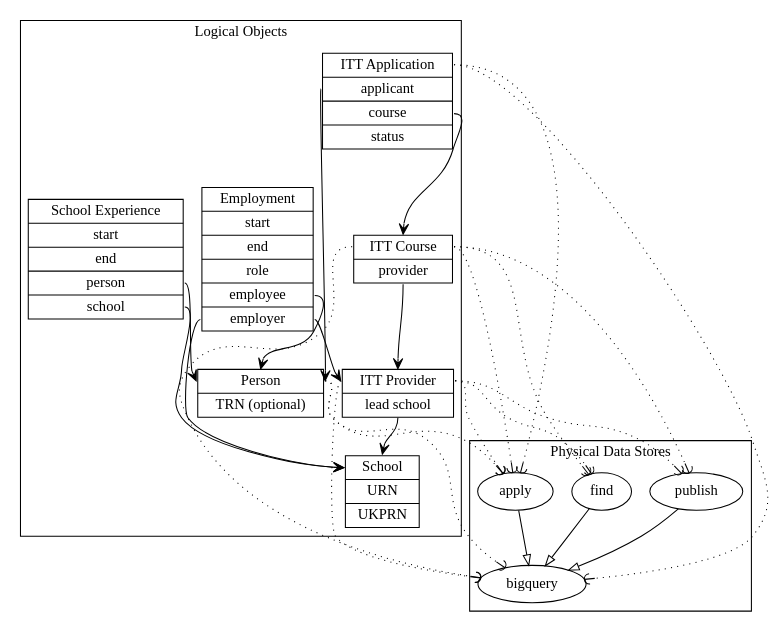
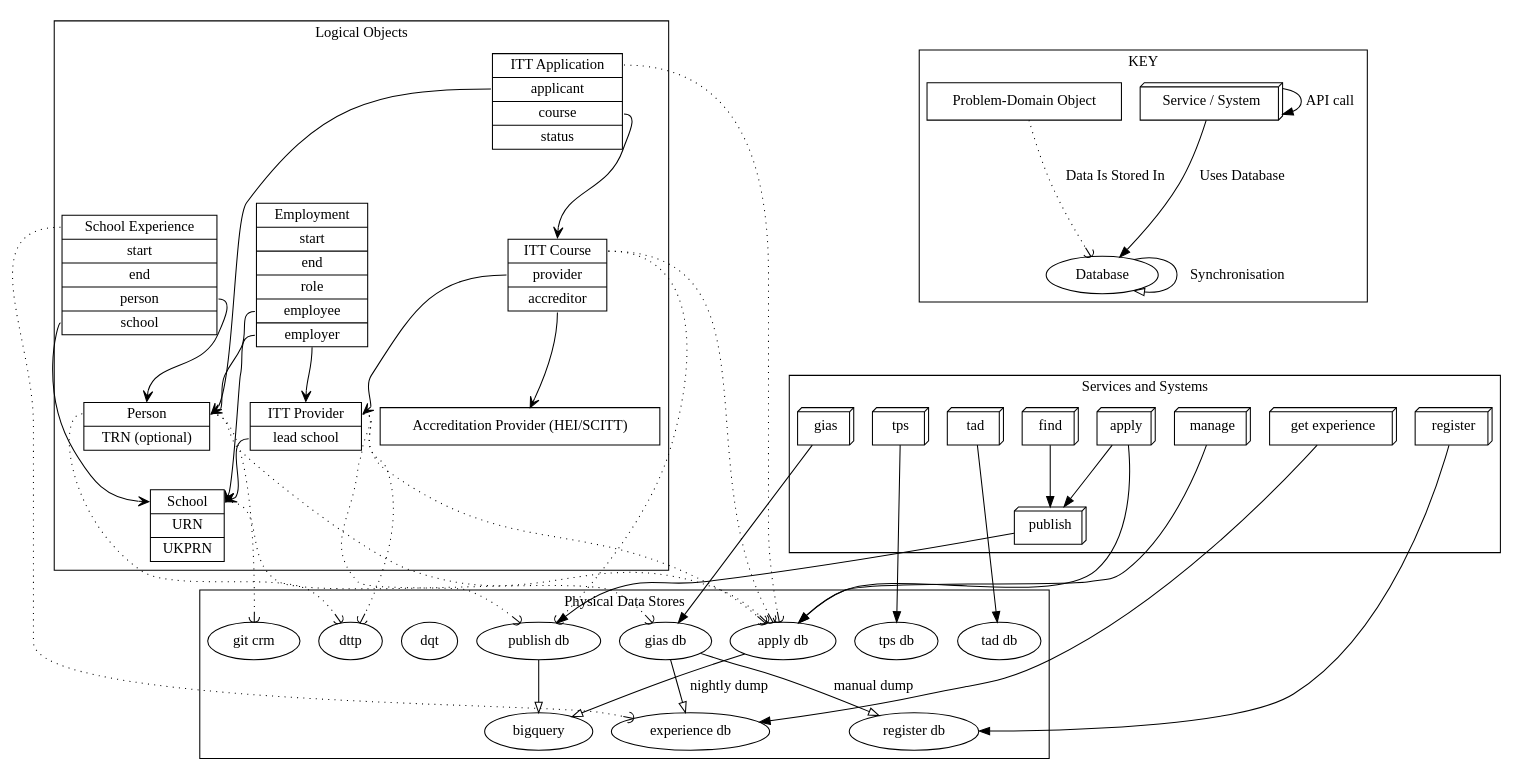
One commit to DFE-Digital/bat-data-maps changed the diagram in src/model.dot. Above: the diagram before and after it, drawn with Graphviz.

Commit message:
More information gathered

```diff
--- a/src/model.dot
+++ b/src/model.dot
@@ -1,97 +1,196 @@
 digraph DfE {
 
 
 
 subgraph cluster_logical {
          label = "Logical Objects";
          node [shape=record];
 
          edge [arrowhead=vee];
 
-         // Problem Domain Objects, with edges indicating reference
+         // Problem Domain Objects, with edges indicating references
+
+         /*
+         STYLE GUIDE
+
+         1) Use vertical record nodes for objects, with a <root> field for the
+         title at the top.
+
+         2) Represent references like pointers or foreign keys - arrows from the
+         thing that stores an ID to the thing that has that ID. Use fields to
+         indicate which field stores the ID, and reference the <root> field on
+         the target to avoid confusion.
+
+         3) Don't explicitly represent the storing of history. For instance, we
+         want a history of lead school relationships from a provider so we can
+         know who WAS the lead school or who is SCHEDULED to be the lead school,
+         but we don't explicitly show this in the diagram. However, things like
+         employments that have a start/end as well as some other useful
+         properties (such as the role) we DO explicitly show, even though their
+         start/end forms a history, as there's other imoprtant state to show, or
+         a potential many-to-many relationship (as is the case with school experience).
+
+         4) Avoid cluttering the diagram with technical details: keep it
+         problem-domain focussed. Omit obvious uninteresting fields (names,
+         etc). Summarise groups of fields ("contact details" rather than
+         address1, address2, ...)
+
+         */
 
          "school" [
          label = "{<root> School | <urn> URN | <ukprn> UKPRN}"
          ];
 
          "itt-provider" [
          label = "{<root> ITT Provider | <lead> lead school}"
          ];
+         "itt-provider":lead -> "school":root
 
-         "itt-provider":lead -> "school":root
+         "accreditation-provider" [
+                  label = "{<root> Accreditation Provider (HEI/SCITT) }"
+         ];
 
          "person" [
          label = "{<root> Person | TRN (optional) }"
          ];
 
          "employment" [
          label = "{<root> Employment | start | end | role | <employee> employee | <employer> employer }"
          ];
-
          "employment":employee -> "person":root
          "employment":employer -> "itt-provider":root
          "employment":employer -> "school":root
 
          "school-experience" [
          label = "{<root> School Experience | start | end | <person> person | <school> school}"
          ];
-
          "school-experience":person -> "person":root
          "school-experience":school -> "school":root
 
+         // Lead school MIGHT be a property of the course, not the itt-provider
          "itt-course" [
-         label = "{<root> ITT Course | <provider> provider}"
+         label = "{<root> ITT Course | <provider> provider | <accreditor> accreditor}"
          ];
-
          "itt-course":provider -> "itt-provider":root
+         "itt-course":accreditor -> "accreditation-provider":root
 
          "itt-application" [
          label = "{<root> ITT Application | <applicant> applicant | <course> course | status}"
          ];
-
          "itt-application":applicant -> person:root
          "itt-application":course -> "itt-course":root
-
 }
-
 
 subgraph cluster_physical {
          label = "Physical Data Stores";
          node [shape = oval];
 
          edge [arrowhead = onormal];
 
-         // Physical Data Stores, with edges indicating data flow
+         // Physical Data Stores, with edges indicating synchronising data flow
 
-         "publish";
+         // Synchronisations done within an existing component (like the
+         // updating of bigquery by the services) or by a dedicated data
+         // synchronising system should be indicated here; any synchronisation that
+         // involves some interesting processing should really be indicated by a
+         // service/system in the next section that talks to source and sink
+         // DBs. Use your judgement to decide what would make for a clearer
+         // diagram.
+
+         "git crm";
+         "publish db";
+         "experience db"; // GIAS database
+         "apply db";
+
+         "dttp";
+         "tad db";
+         "dqt";
+         "tps db";
+
+         "gias db";
+
          "bigquery";
-         "apply";
-         "find";
 
-         "publish" -> "bigquery";
-         "apply" -> "bigquery";
-         "find" -> "bigquery";
+         // Data flows: services updating bigquery in real time
+         "publish db" -> "bigquery";
+         "apply db" -> "bigquery";
+
+         // Data flows: Things taking dumps of GIAS via the bulk download - see https://github.com/search?q=org%3ADFE-Digital+ea-edubase-api-prod&type=code for more to add in future
+         "gias db" -> "register db" [label="manual dump"];
+         "gias db" -> "experience db" [label="nightly dump"];
 }
 
 subgraph {
          // Relationship between physical and logical data stores; edges from logical to physical realisation
          edge [ arrowhead = curve; style = dotted;]
 
-         "itt-provider":root -> publish
-         "itt-course":root -> publish
+         // Sorted by the physical DB (arrow target)
 
-         "itt-provider":root -> find
-         "itt-course":root -> find
+         "person":root -> "git crm";
 
-         "person":root -> apply
-         "itt-provider":root -> apply
-         "itt-course":root -> apply
-         "itt-application":root -> apply
+         "itt-provider":root -> "publish db"
+         "itt-course":root -> "publish db"
 
-         "person":root -> bigquery
-         "itt-provider":root -> bigquery
-         "itt-course":root -> bigquery
-         "itt-application":root -> bigquery
+         "school-experience":root -> "experience db"
+
+         "person":root -> "apply db"
+         "itt-provider":root -> "apply db"
+         "itt-course":root -> "apply db"
+         "itt-application":root -> "apply db"
+
+         "school":root -> "gias db";
+
+         "itt-provider":root -> "dttp";
+         "person":root -> "dttp";
+}
+
+subgraph cluster_actors {
+         // Services and software agents, with edges indicating "uses", either a database connection or calling an API or similar
+
+         label = "Services and Systems";
+         node [ shape = box3d;]
+         edge [ arrowhead = normal;]
+
+         "find"
+         "find" -> "publish"
+
+         "apply"
+         "apply" -> "apply db"
+         "apply" -> "publish"
+
+         "manage"
+         "manage" -> "apply db"
+
+         "publish"
+         "publish" -> "publish db"
+
+         "tps"
+         "tps" -> "tps db"
+
+         "get experience"
+         "get experience" -> "experience db"
+
+         "tad"
+         "tad" -> "tad db"
+
+         "gias"
+         "gias" -> "gias db"
+
+         "register"
+         "register" -> "register db"
+}
+
+subgraph cluster_key {
+        label = "KEY"
+
+        "service" [ label = "Service / System"; shape = box3d ];
+        "database" [ label = "Database"; shape = oval ];
+        "object" [ label = "Problem-Domain Object"; shape = record ];
+
+        "service" -> "service" [ label = "API call"; arrowhead = normal; ]
+        "service" -> "database" [ label = "Uses Database"; ]
+        "database" -> "database" [ label = "Synchronisation"; arrowhead = onormal; ]
+        "object" -> "database" [ label = "Data Is Stored In"; arrowhead = curve; style = dotted; ]
 }
 
 }
```
